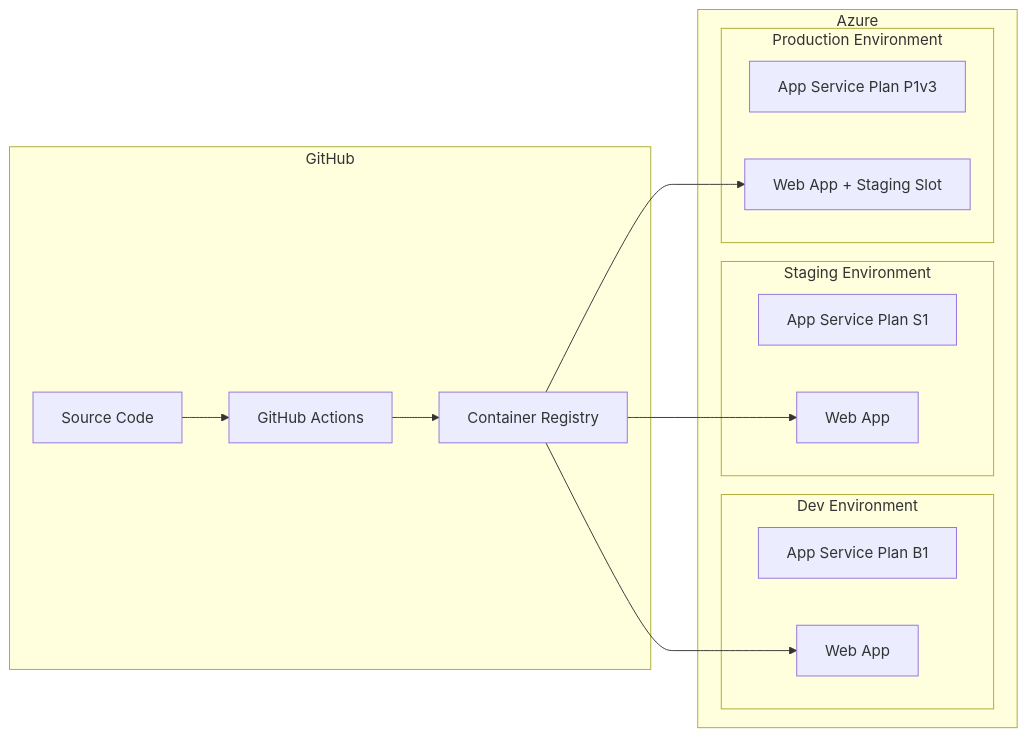
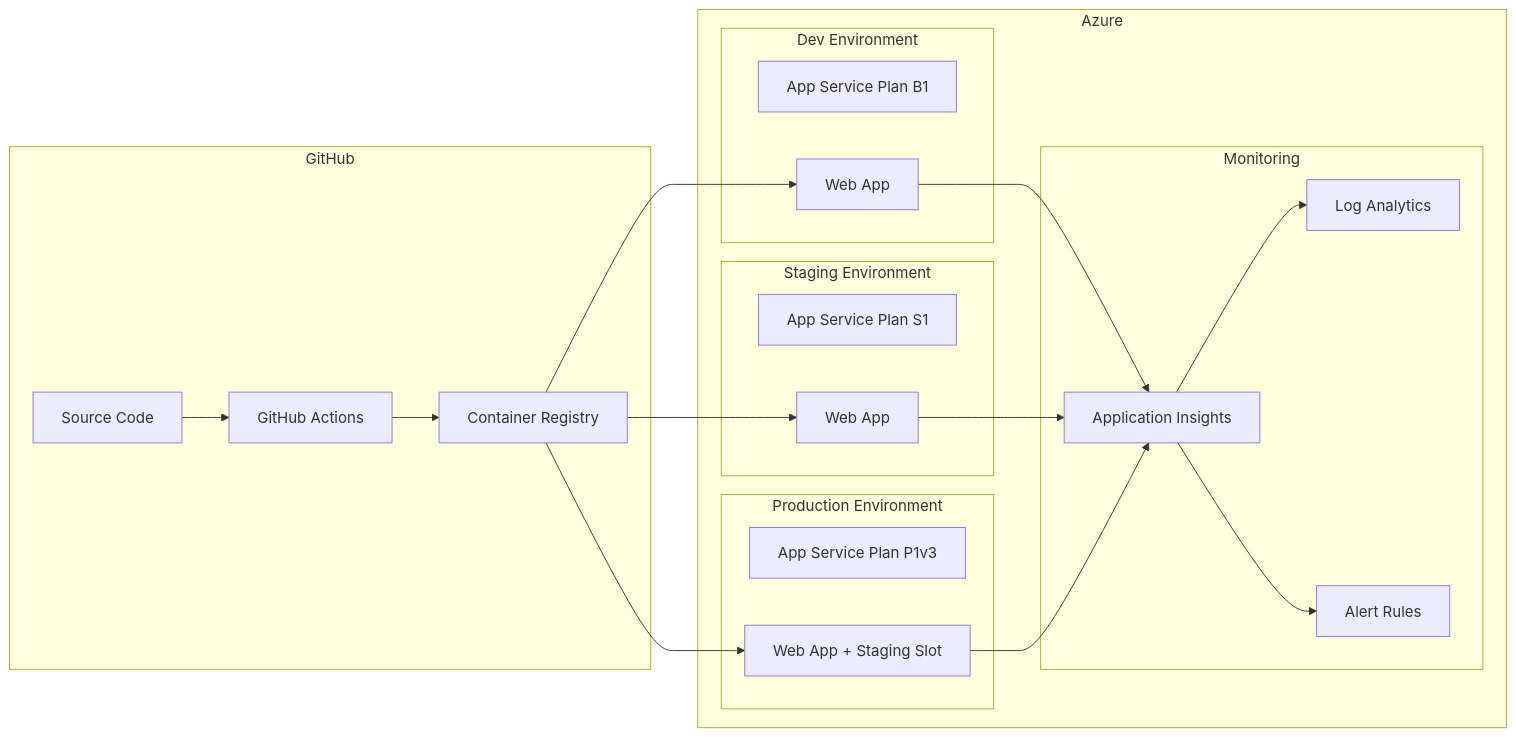
Before and after one commit to geins-io/sales-portal: the diagram in infra/README.md, drawn with Mermaid. The commit also changed other lines of this file and 23 other files, not shown here.

````diff
--- a/infra/README.md
+++ b/infra/README.md
@@ -23,29 +23,39 @@
 ```mermaid
 flowchart LR
     subgraph github [GitHub]
         Code[Source Code]
         Actions[GitHub Actions]
         GHCR[Container Registry]
     end
 
     subgraph azure [Azure]
+        subgraph monitoring [Monitoring]
+            AI[Application Insights]
+            LA[Log Analytics]
+            Alerts[Alert Rules]
+        end
         subgraph dev [Dev Environment]
             ASP_Dev[App Service Plan B1]
             App_Dev[Web App]
         end
         subgraph staging [Staging Environment]
             ASP_Stg[App Service Plan S1]
             App_Stg[Web App]
         end
         subgraph prod [Production Environment]
             ASP_Prod[App Service Plan P1v3]
             App_Prod[Web App + Staging Slot]
         end
     end
 
     Code --> Actions
     Actions --> GHCR
     GHCR --> App_Dev
     GHCR --> App_Stg
     GHCR --> App_Prod
+    App_Dev --> AI
+    App_Stg --> AI
+    App_Prod --> AI
+    AI --> LA
+    AI --> Alerts
 ```
````
